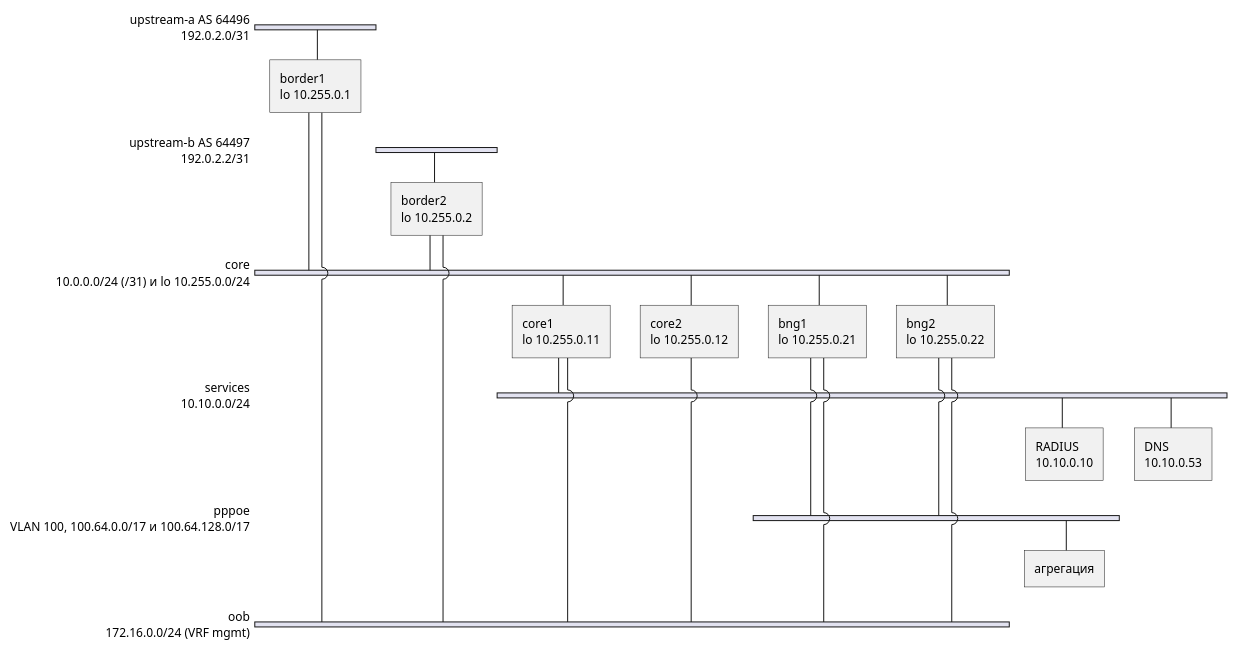
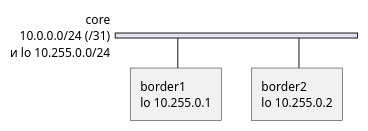
One commit to kscht/spiridus-docs changed diagram 19 of 44 in examples/documents/32-mikrotik-core.md. Above: the diagram before and after it, drawn with PlantUML. The commit also changed other lines of this file and 56 other files, not shown here.

````diff
--- a/examples/documents/32-mikrotik-core.md
+++ b/examples/documents/32-mikrotik-core.md
@@ -74,48 +460,13 @@
 ```plantuml
-' result: artifact:33abc2dab273586b/diagram.svg
+' result: artifact:9724f7c87b14fb49/diagram.svg
 ' build: plantuml-1.2026.9-asl
 @startnwdiag
 nwdiag {
-  network upstream_a {
-    address = "192.0.2.0/31"
-    description = "upstream-a AS 64496"
-    border1 [description = "border1\n192.0.2.1"];
-  }
-  network upstream_b {
-    address = "192.0.2.2/31"
-    description = "upstream-b AS 64497"
-    border2 [description = "border2\n192.0.2.3"];
-  }
   network core {
-    address = "10.0.0.0/24 (/31) и lo 10.255.0.0/24"
+    address = "10.0.0.0/24 (/31)\nи lo 10.255.0.0/24"
     border1 [description = "border1\nlo 10.255.0.1"];
     border2 [description = "border2\nlo 10.255.0.2"];
-    core1 [description = "core1\nlo 10.255.0.11"];
-    core2 [description = "core2\nlo 10.255.0.12"];
-    bng1 [description = "bng1\nlo 10.255.0.21"];
-    bng2 [description = "bng2\nlo 10.255.0.22"];
-  }
-  network services {
-    address = "10.10.0.0/24"
-    core1;
-    radius [description = "RADIUS\n10.10.0.10"];
-    dns [description = "DNS\n10.10.0.53"];
-  }
-  network pppoe {
-    address = "VLAN 100, 100.64.0.0/17 и 100.64.128.0/17"
-    bng1;
-    bng2;
-    access [description = "агрегация"];
-  }
-  network oob {
-    address = "172.16.0.0/24 (VRF mgmt)"
-    border1;
-    border2;
-    core1;
-    core2;
-    bng1;
-    bng2;
   }
 }
 @endnwdiag
 ```
````
